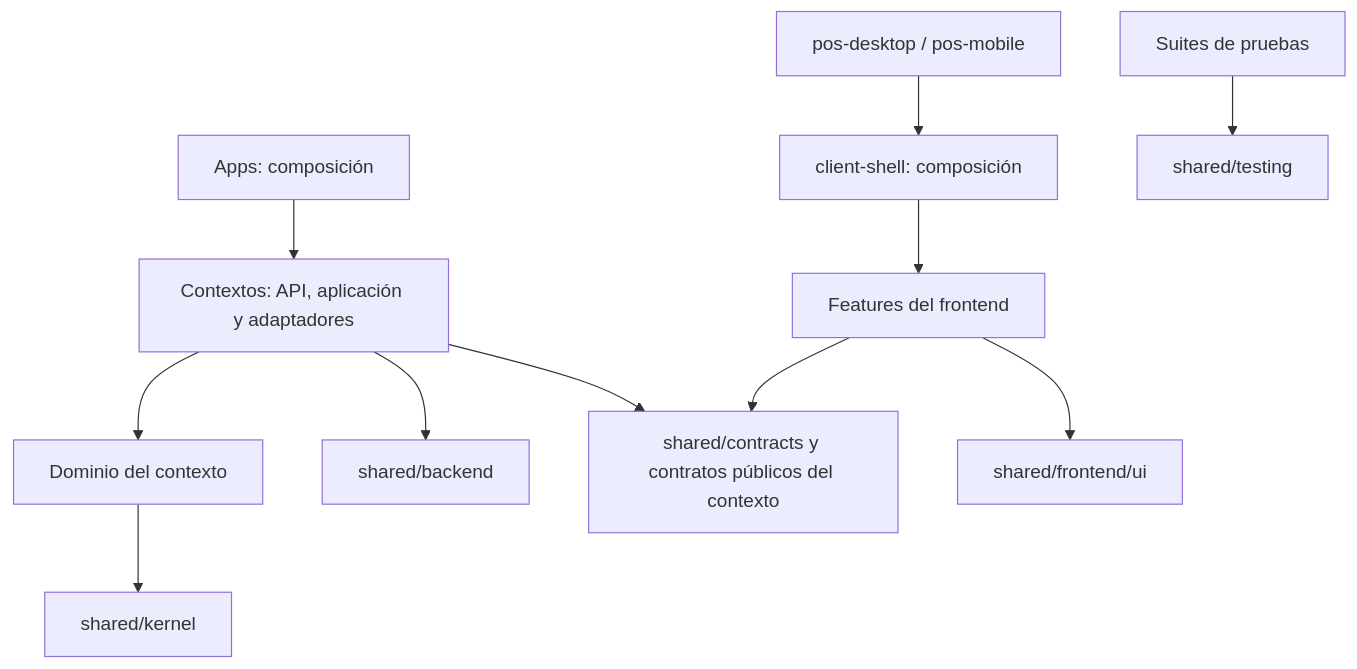
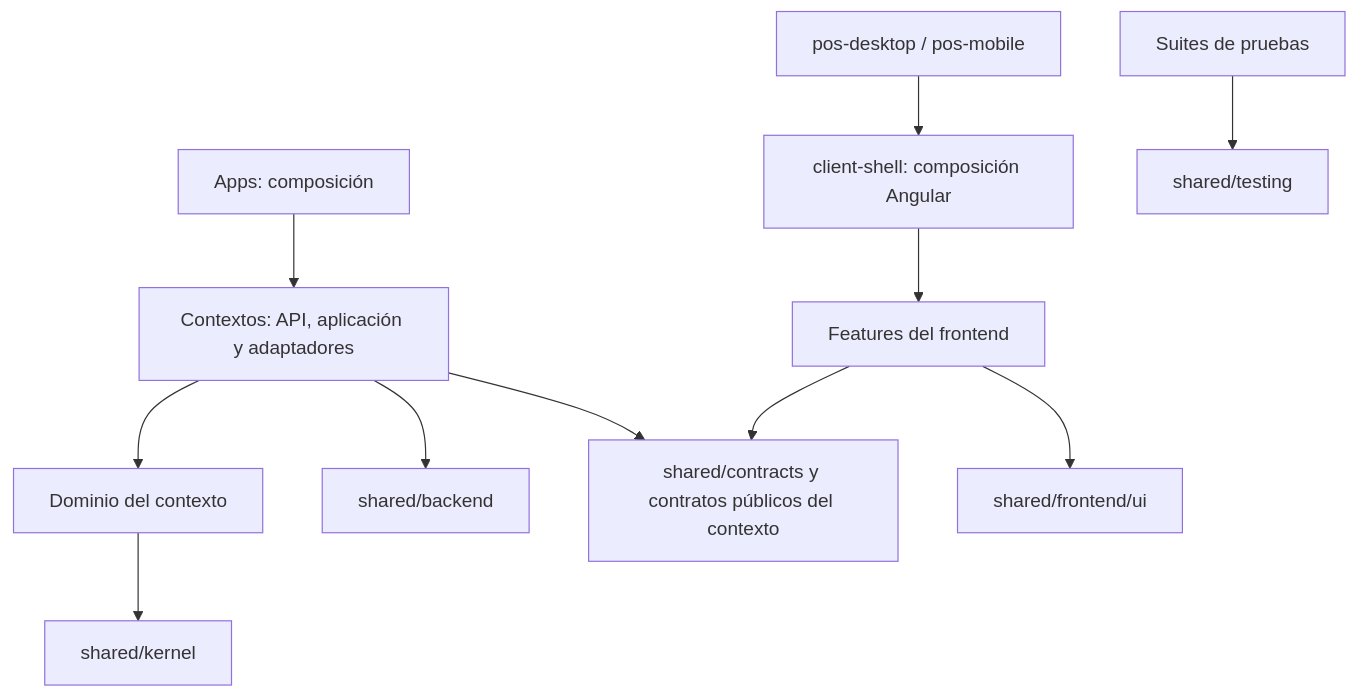
One commit to developer-implementos/pos-docs changed the diagram in docs/architecture.md. Above: the diagram before and after it, drawn with Mermaid. The commit also changed other lines of this file and 71 other files, not shown here.

````diff
--- a/docs/architecture.md
+++ b/docs/architecture.md
@@ -23,13 +23,13 @@
 ```mermaid
 flowchart TB
     Apps["Apps: composición"] --> Context["Contextos: API, aplicación y adaptadores"]
     Context --> Domain["Dominio del contexto"]
     Context --> Technical["shared/backend"]
     Domain --> Kernel["shared/kernel"]
     Context --> Contracts["shared/contracts y contratos públicos del contexto"]
-    Clients["pos-desktop / pos-mobile"] --> Shell["client-shell: composición"]
+    Clients["pos-desktop / pos-mobile"] --> Shell["client-shell: composición Angular"]
     Shell --> Web["Features del frontend"]
     Web --> UI["shared/frontend/ui"]
     Web --> Contracts
     Tests["Suites de pruebas"] --> Support["shared/testing"]
 ```
````
